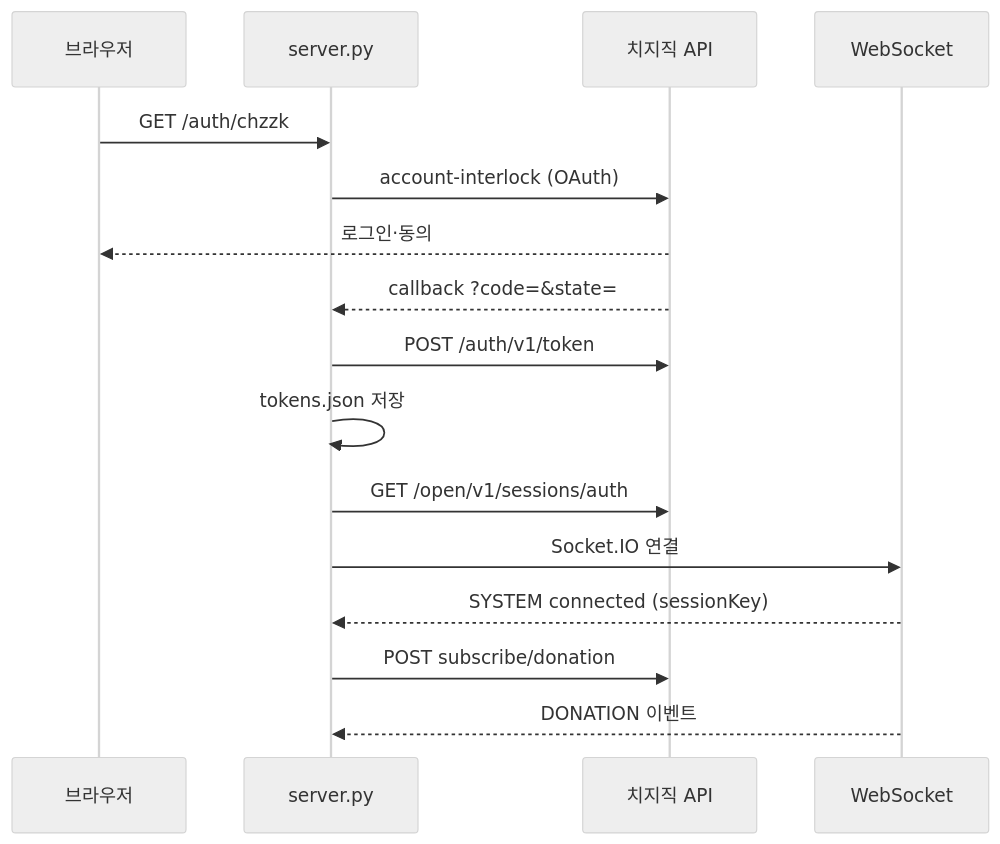
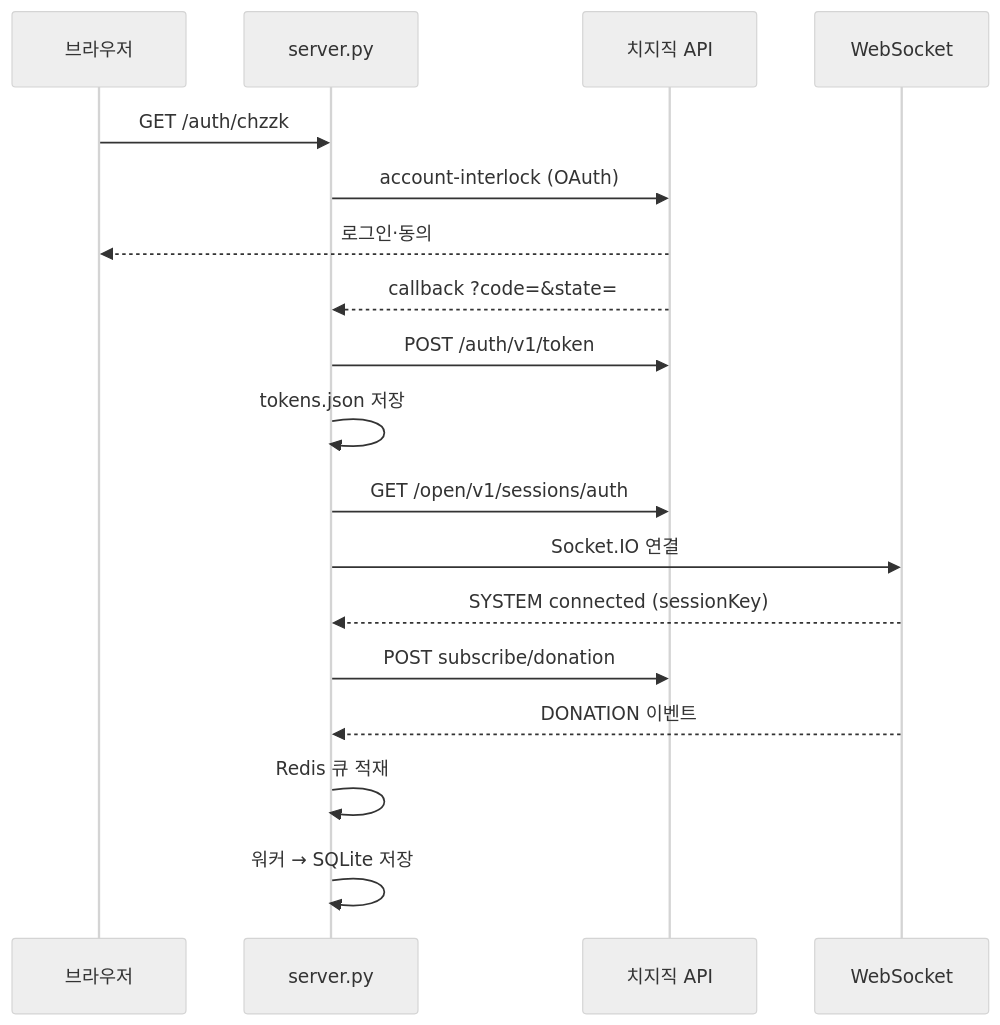
One commit to NabongsunK/steamAPI changed the second of 2 diagrams in donation-test/README.md. Above: the diagram before and after it, drawn with Mermaid (neutral theme). The commit also changed other lines of this file and 6 other files, not shown here.

First line of the commit message:
Add Redis and SQLite integration for donation processing

````diff
--- a/donation-test/README.md
+++ b/donation-test/README.md
@@ -158,19 +204,21 @@
 ```mermaid
 sequenceDiagram
     participant U as 브라우저
     participant S as server.py
     participant C as 치지직 API
     participant W as WebSocket
 
     U->>S: GET /auth/chzzk
     S->>C: account-interlock (OAuth)
     C-->>U: 로그인·동의
     C-->>S: callback ?code=&state=
     S->>C: POST /auth/v1/token
     S->>S: tokens.json 저장
     S->>C: GET /open/v1/sessions/auth
     S->>W: Socket.IO 연결
     W-->>S: SYSTEM connected (sessionKey)
     S->>C: POST subscribe/donation
     W-->>S: DONATION 이벤트
+    S->>S: Redis 큐 적재
+    S->>S: 워커 → SQLite 저장
 ```
````
